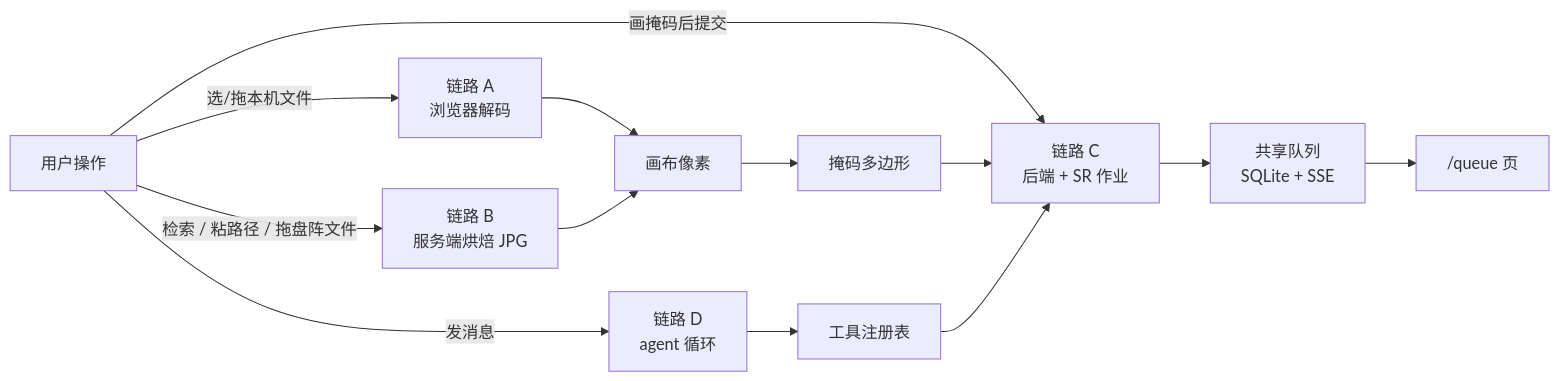
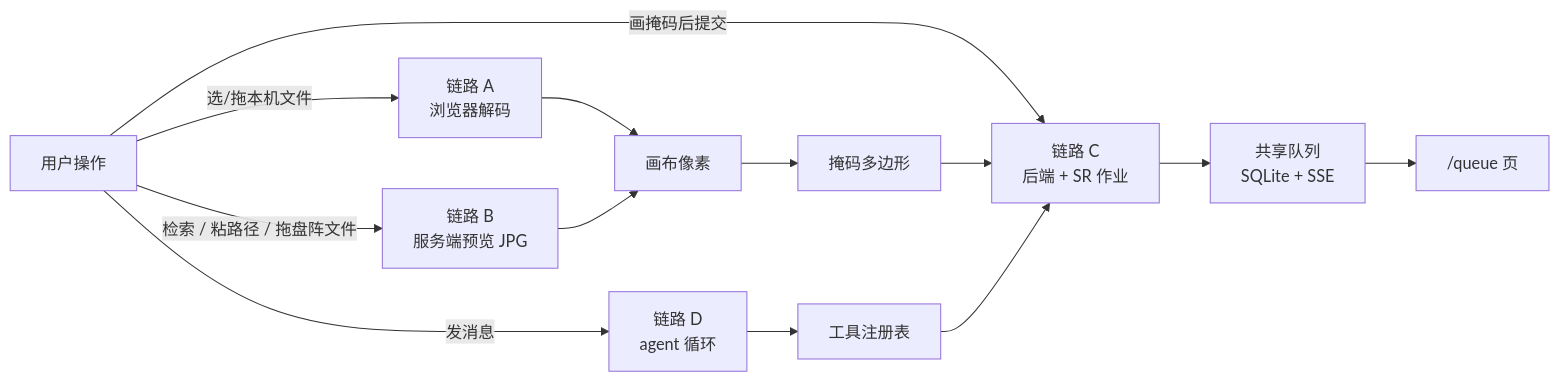
One commit to Jason001028/sr_agent_platform changed the second of 3 diagrams in docs/knowledge/io-pipeline/README.md. Above: the diagram before and after it, drawn with Mermaid. The commit also changed other lines of this file and 84 other files, not shown here.

````diff
--- a/docs/knowledge/io-pipeline/README.md
+++ b/docs/knowledge/io-pipeline/README.md
@@ -120,18 +120,18 @@
 ```mermaid
 flowchart LR
   U["用户操作"]
 
   U -->|"选/拖本机文件"| A["链路 A<br/>浏览器解码"]
-  U -->|"检索 / 粘路径 / 拖盘阵文件"| B["链路 B<br/>服务端烘焙 JPG"]
+  U -->|"检索 / 粘路径 / 拖盘阵文件"| B["链路 B<br/>服务端预览 JPG"]
   U -->|"画掩码后提交"| C["链路 C<br/>后端 + SR 作业"]
   U -->|"发消息"| D["链路 D<br/>agent 循环"]
 
   A --> PIX["画布像素"]
   B --> PIX
   PIX --> MK["掩码多边形"]
   MK --> C
   C --> Q["共享队列<br/>SQLite + SSE"]
   D --> TOOLS["工具注册表"]
   TOOLS --> C
   Q --> UI["/queue 页"]
 ```
````
